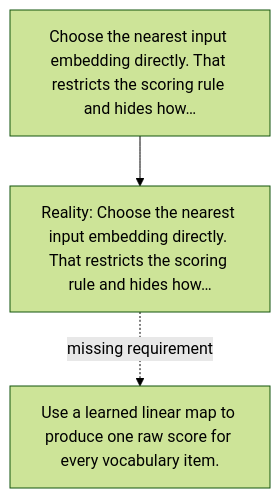
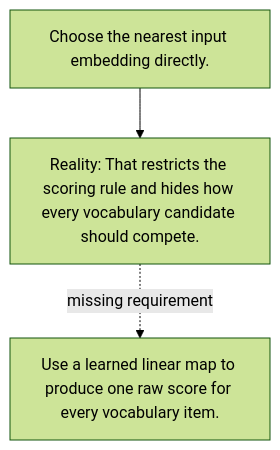
Before and after one commit to kleem-labs/AI-Archaeology: the diagram in excavations/041-logits/diagram.md, drawn with Mermaid (forest theme). The commit also changed other lines of this file and 165 other files, not shown here.

````diff
--- a/excavations/041-logits/diagram.md
+++ b/excavations/041-logits/diagram.md
@@ -5,5 +5,5 @@
 ```mermaid
 flowchart TD
-    A["Choose the nearest input embedding directly. That restricts the scoring rule and hides how…"] --> B["Reality: Choose the nearest input embedding directly. That restricts the scoring rule and hides how…"]
+    A["Choose the nearest input embedding directly."] --> B["Reality: That restricts the scoring rule and hides how every vocabulary candidate should compete."]
     B -. "missing requirement" .-> C["Use a learned linear map to produce one raw score for every vocabulary item."]
 ```
````
